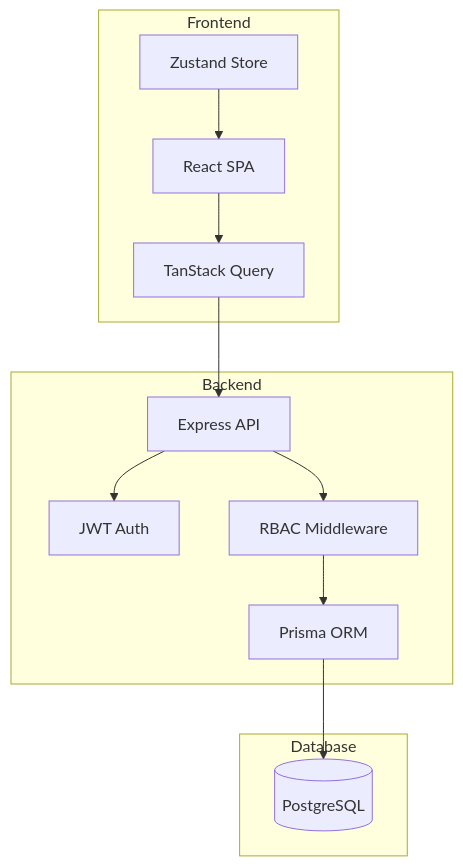
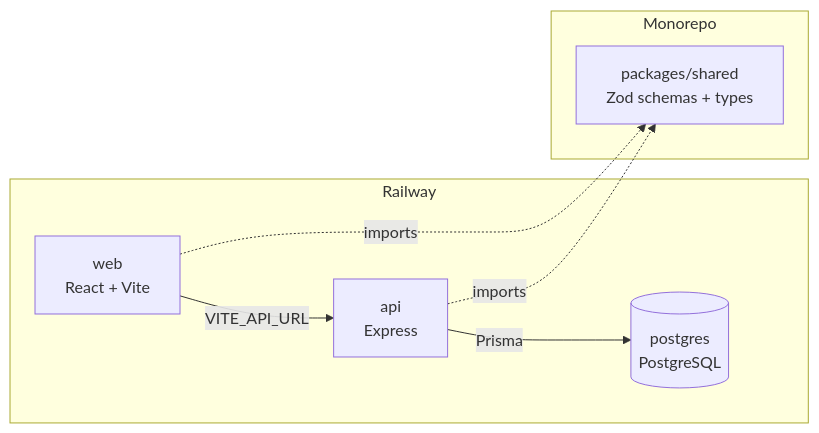
The diagram in README.md (SanoberRehman/TaskFlow), drawn with Mermaid before and after one commit. The commit also changed other lines of this file, not shown here.

````diff
--- a/README.md
+++ b/README.md
@@ -44,27 +41,17 @@
 ```mermaid
-graph TB
-    subgraph Frontend
-        Web[React SPA]
-        TQ[TanStack Query]
-        Zustand[Zustand Store]
+graph LR
+    subgraph Railway
+        Web[web<br/>React + Vite]
+        API[api<br/>Express]
+        DB[(postgres<br/>PostgreSQL)]
     end
     
-    subgraph Backend
-        API[Express API]
-        Auth[JWT Auth]
-        RBAC[RBAC Middleware]
-        Prisma[Prisma ORM]
+    subgraph Monorepo
+        Shared[packages/shared<br/>Zod schemas + types]
     end
     
-    subgraph Database
-        PG[(PostgreSQL)]
-    end
-    
-    Web --> TQ
-    TQ --> API
-    Zustand --> Web
-    API --> Auth
-    API --> RBAC
-    RBAC --> Prisma
-    Prisma --> PG
+    Web -->|VITE_API_URL| API
+    API -->|Prisma| DB
+    Web -.->|imports| Shared
+    API -.->|imports| Shared
 ```
````
